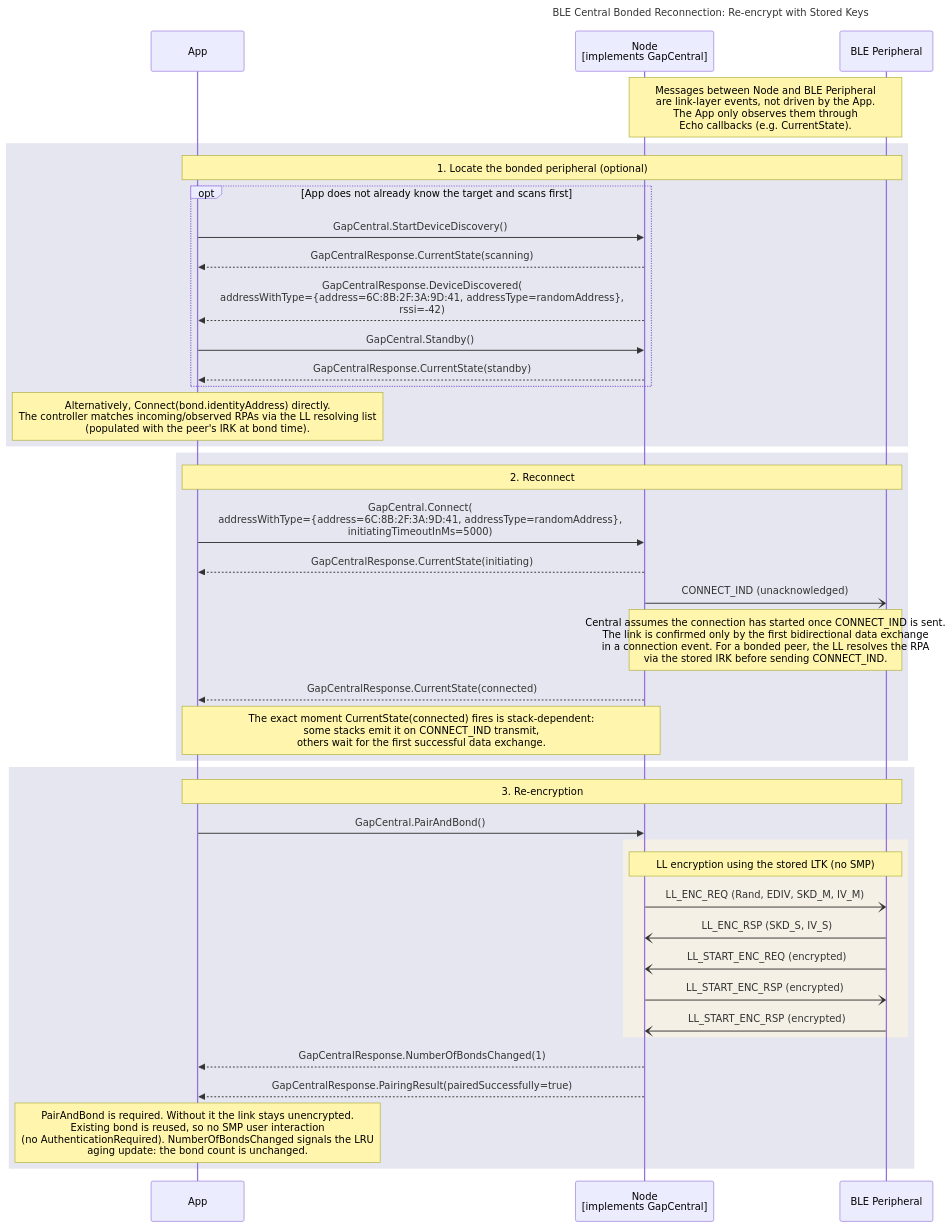
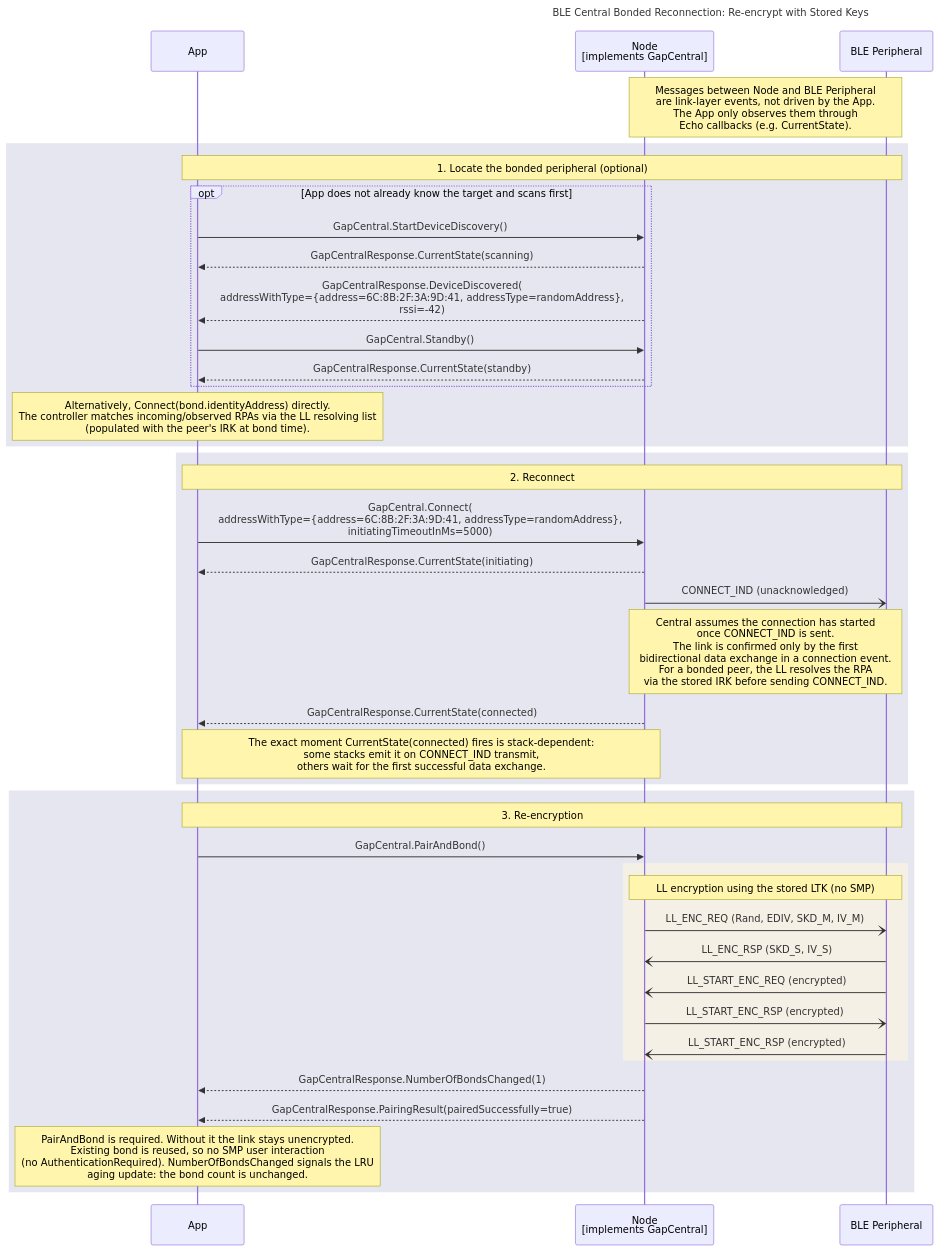
The diagram in documents/modules/ROOT/partials/echoservices/composite_flows/CentralRole_BondedReconnection_sequence.mmd (philips-software/amp-embedded-infra-lib), drawn with Mermaid before and after one commit. The commit also changed 5 other files, not shown here.

```diff
--- a/documents/modules/ROOT/partials/echoservices/composite_flows/CentralRole_BondedReconnection_sequence.mmd
+++ b/documents/modules/ROOT/partials/echoservices/composite_flows/CentralRole_BondedReconnection_sequence.mmd
@@ -1,49 +1,49 @@
 sequenceDiagram
     title BLE Central Bonded Reconnection: Re-encrypt with Stored Keys
 
     participant App as App
     participant Node as Node<br>[implements GapCentral]
     participant Peripheral as BLE Peripheral
 
 
     Note over Node, Peripheral: Messages between Node and BLE Peripheral<br>are link-layer events, not driven by the App.<br>The App only observes them through<br>Echo callbacks (e.g. CurrentState).
 
     rect rgb(230, 230, 240)
         note over App, Peripheral: 1. Locate the bonded peripheral (optional)
         opt App does not already know the target and scans first
             App->>Node: GapCentral.StartDeviceDiscovery()
             Node-->>App: GapCentralResponse.CurrentState(scanning)
             Node-->>App: GapCentralResponse.DeviceDiscovered(<br>addressWithType={address=6C:8B:2F:3A:9D:41, addressType=randomAddress},<br>rssi=-42)
             App->>Node: GapCentral.Standby()
             Node-->>App: GapCentralResponse.CurrentState(standby)
         end
 
         Note over App: Alternatively, Connect(bond.identityAddress) directly.<br>The controller matches incoming/observed RPAs via the LL resolving list<br>(populated with the peer's IRK at bond time).
     end
 
     rect rgb(230, 230, 240)
         note over App, Peripheral: 2. Reconnect
         App->>Node: GapCentral.Connect(<br>addressWithType={address=6C:8B:2F:3A:9D:41, addressType=randomAddress},<br>initiatingTimeoutInMs=5000)
         Node-->>App: GapCentralResponse.CurrentState(initiating)
         Node-)Peripheral: CONNECT_IND (unacknowledged)
-        Note over Node, Peripheral: Central assumes the connection has started once CONNECT_IND is sent.<br>The link is confirmed only by the first bidirectional data exchange<br>in a connection event. For a bonded peer, the LL resolves the RPA<br>via the stored IRK before sending CONNECT_IND.
+        Note over Node, Peripheral: Central assumes the connection has started<br>once CONNECT_IND is sent.<br>The link is confirmed only by the first<br>bidirectional data exchange in a connection event.<br>For a bonded peer, the LL resolves the RPA<br>via the stored IRK before sending CONNECT_IND.
         Node-->>App: GapCentralResponse.CurrentState(connected)
         Note over App, Node: The exact moment CurrentState(connected) fires is stack-dependent:<br>some stacks emit it on CONNECT_IND transmit,<br>others wait for the first successful data exchange.
     end
 
     rect rgb(230, 230, 240)
         note over App, Peripheral: 3. Re-encryption
         App->>Node: GapCentral.PairAndBond()
         rect rgb(245, 240, 230)
             Note over Node, Peripheral: LL encryption using the stored LTK (no SMP)
             Node-)Peripheral: LL_ENC_REQ (Rand, EDIV, SKD_M, IV_M)
             Peripheral-)Node: LL_ENC_RSP (SKD_S, IV_S)
             Peripheral-)Node: LL_START_ENC_REQ (encrypted)
             Node-)Peripheral: LL_START_ENC_RSP (encrypted)
             Peripheral-)Node: LL_START_ENC_RSP (encrypted)
         end
         Node-->>App: GapCentralResponse.NumberOfBondsChanged(1)
         Node-->>App: GapCentralResponse.PairingResult(pairedSuccessfully=true)
 
         Note over App: PairAndBond is required. Without it the link stays unencrypted.<br>Existing bond is reused, so no SMP user interaction<br>(no AuthenticationRequired). NumberOfBondsChanged signals the LRU<br>aging update: the bond count is unchanged.
     end
```
